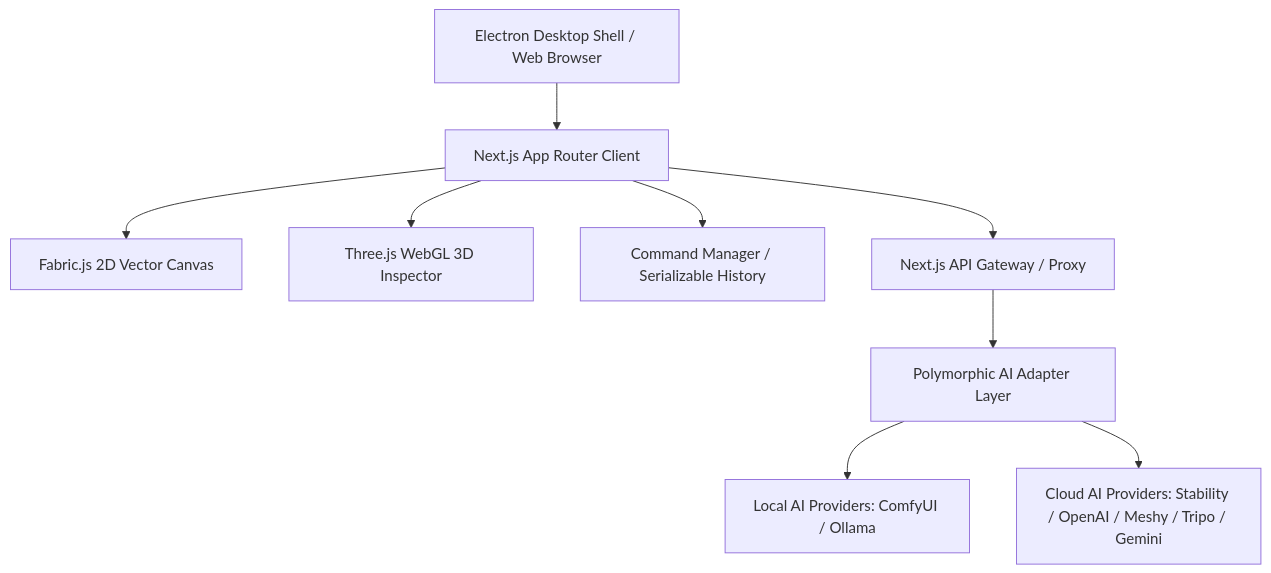
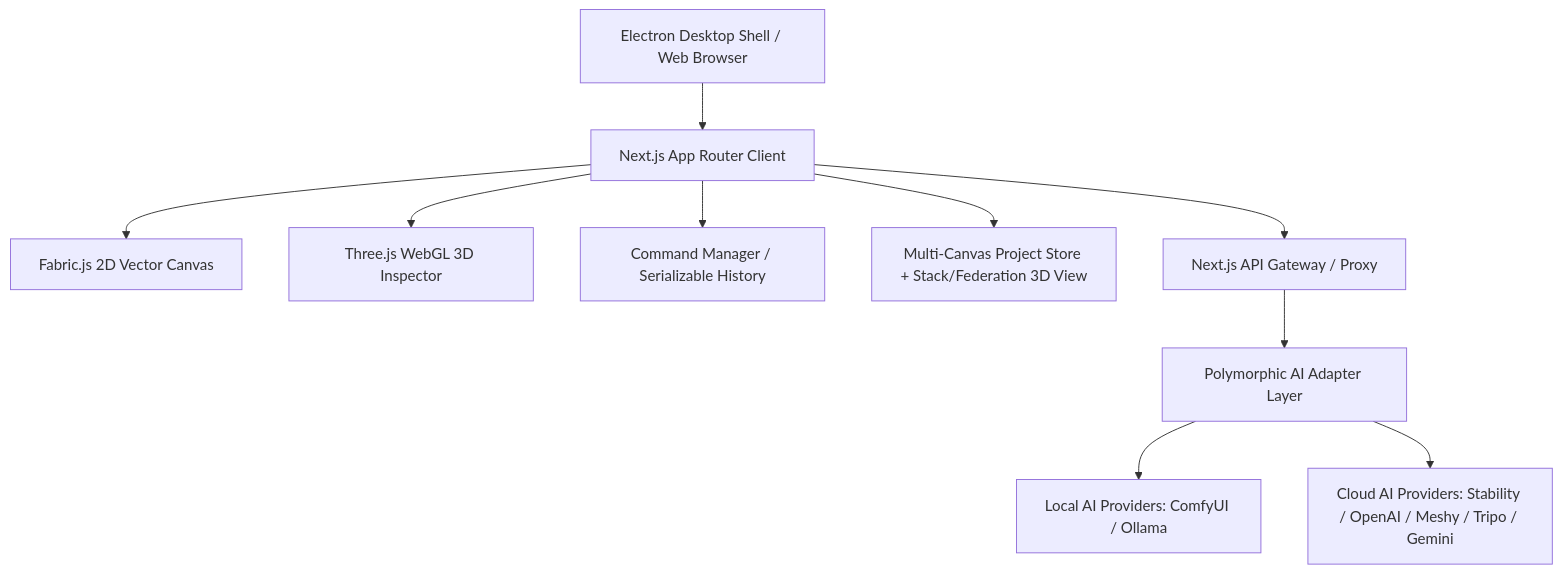
One commit to GeekatplayStudio/Image-Express changed the diagram in README.md. Above: the diagram before and after it, drawn with Mermaid. The commit also changed other lines of this file and 156 other files, not shown here.

````diff
--- a/README.md
+++ b/README.md
@@ -38,13 +208,14 @@
 ```mermaid
 graph TD
     A[Electron Desktop Shell / Web Browser] --> B[Next.js App Router Client]
     B --> C[Fabric.js 2D Vector Canvas]
     B --> D[Three.js WebGL 3D Inspector]
     B --> E[Command Manager / Serializable History]
-    
+    B --> J[Multi-Canvas Project Store + Stack/Federation 3D View]
+
     B --> F[Next.js API Gateway / Proxy]
     F --> G[Polymorphic AI Adapter Layer]
-    
+
     G --> H[Local AI Providers: ComfyUI / Ollama]
     G --> I[Cloud AI Providers: Stability / OpenAI / Meshy / Tripo / Gemini]
 ```
````
